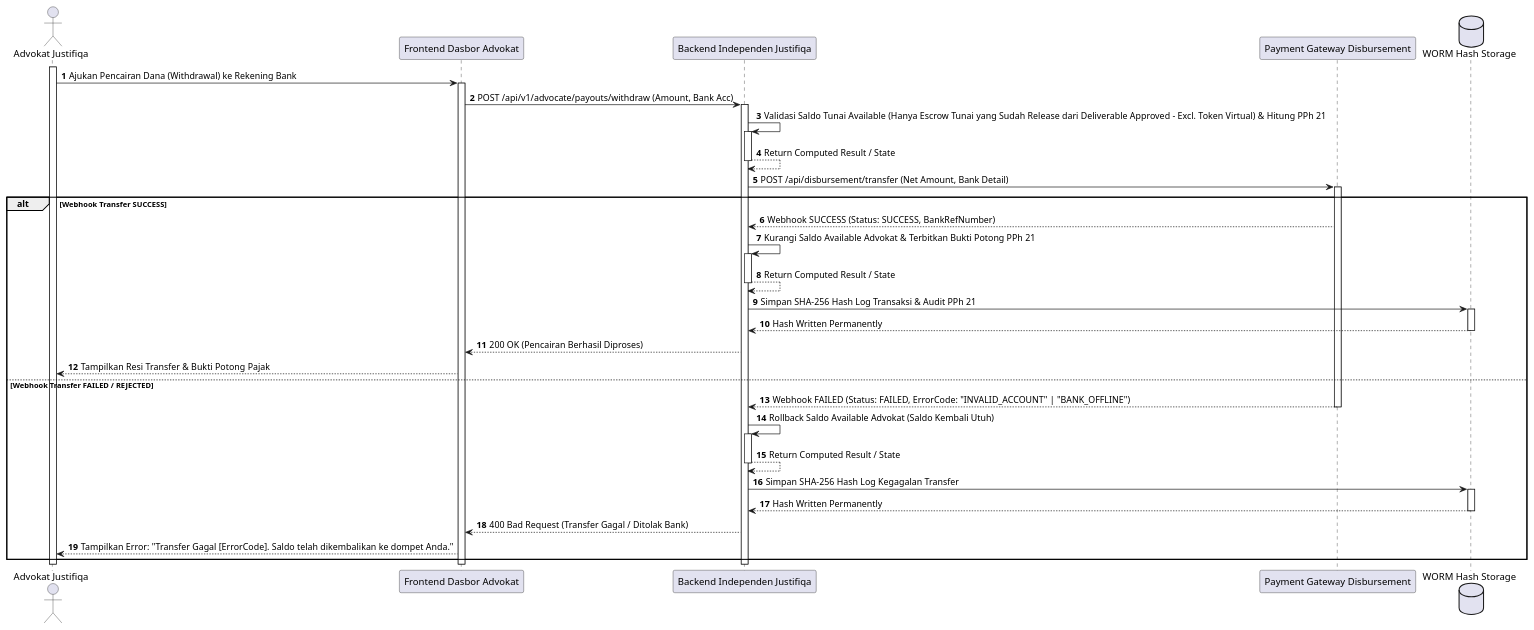
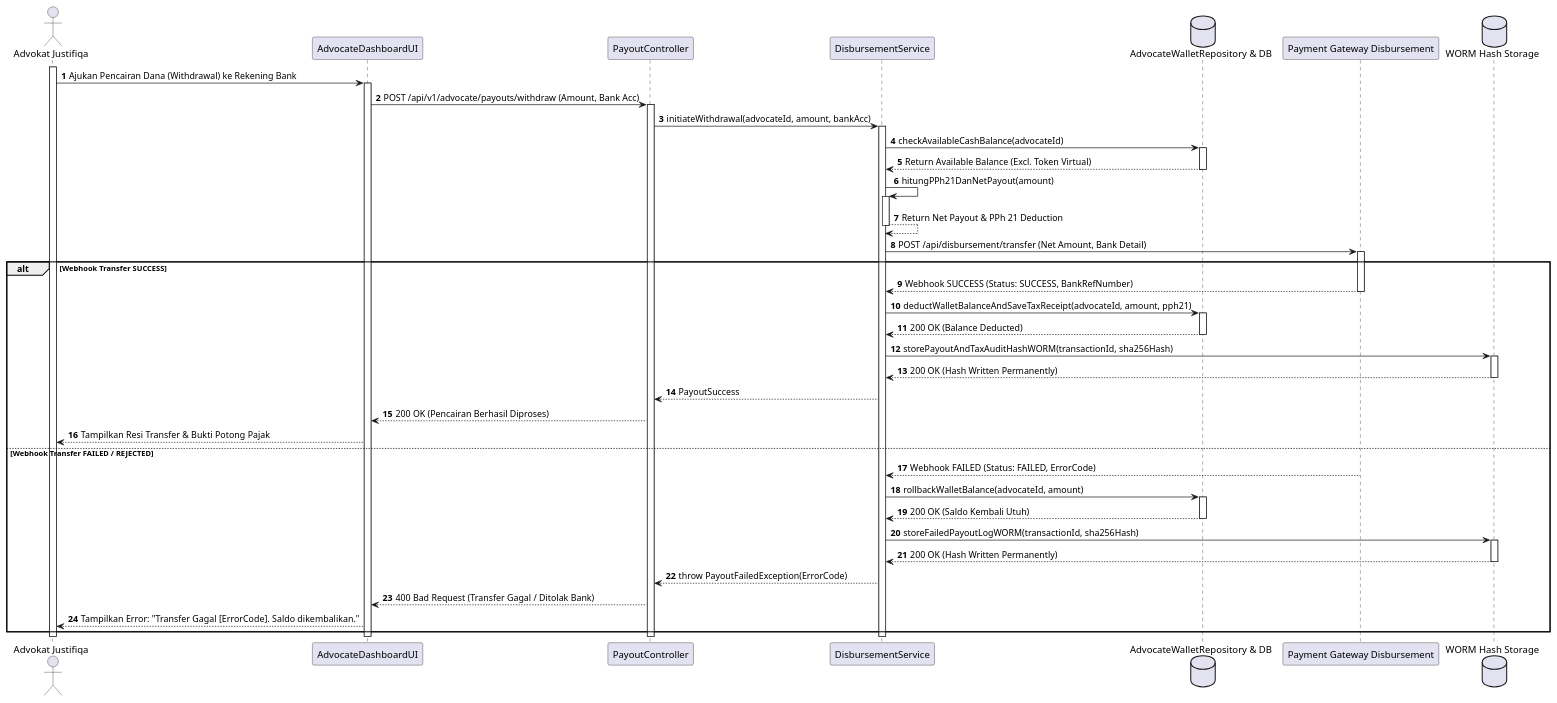
Before and after one commit to tupperwureism/SuperApp-Gagal: diagram 11 of 28 in MarkDown/plantuml_sequence_diagrams.md, drawn with PlantUML. The commit also changed other lines of this file, not shown here.

Commit message:
refactor(uml): normalize Batch 3 sequence diagrams SD-J-11 to SD-J-20 to 5-lifeline BCE and zero-stacking activations

````diff
--- a/MarkDown/plantuml_sequence_diagrams.md
+++ b/MarkDown/plantuml_sequence_diagrams.md
@@ -1424,39 +1424,59 @@
 ```plantuml
 @startuml
 autonumber
 actor "Advokat Justifiqa" as Mitra
-participant "Frontend Dasbor Advokat" as FE
-participant "Backend Independen Justifiqa" as BE
+participant "AdvocateDashboardUI" as FE
+participant "PayoutController" as CTRL
+participant "DisbursementService" as SVC
+database "AdvocateWalletRepository & DB" as REPO
 participant "Payment Gateway Disbursement" as PG
 database "WORM Hash Storage" as WORM
 
 activate Mitra
 Mitra -> FE ++ : Ajukan Pencairan Dana (Withdrawal) ke Rekening Bank
-FE -> BE ++ : POST /api/v1/advocate/payouts/withdraw (Amount, Bank Acc)
+FE -> CTRL ++ : POST /api/v1/advocate/payouts/withdraw (Amount, Bank Acc)
+CTRL -> SVC ++ : initiateWithdrawal(advocateId, amount, bankAcc)
 
-BE -> BE ++ : Validasi Saldo Tunai Available (Hanya Escrow Tunai yang Sudah Release dari Deliverable Approved - Excl. Token Virtual) & Hitung PPh 21
-BE --> BE -- : Return Computed Result / State
-BE -> PG ++ : POST /api/disbursement/transfer (Net Amount, Bank Detail)
+SVC -> REPO : checkAvailableCashBalance(advocateId)
+activate REPO
+REPO --> SVC : Return Available Balance (Excl. Token Virtual)
+deactivate REPO
+
+SVC -> SVC ++ : hitungPPh21DanNetPayout(amount)
+SVC --> SVC -- : Return Net Payout & PPh 21 Deduction
+SVC -> PG ++ : POST /api/disbursement/transfer (Net Amount, Bank Detail)
 
 alt Webhook Transfer SUCCESS
-    PG --> BE : Webhook SUCCESS (Status: SUCCESS, BankRefNumber)
-    BE -> BE ++ : Kurangi Saldo Available Advokat & Terbitkan Bukti Potong PPh 21
-    BE --> BE -- : Return Computed Result / State
-    BE -> WORM ++ : Simpan SHA-256 Hash Log Transaksi & Audit PPh 21
-    WORM --> BE -- : Hash Written Permanently
-    BE --> FE : 200 OK (Pencairan Berhasil Diproses)
+    PG --> SVC : Webhook SUCCESS (Status: SUCCESS, BankRefNumber)
+    deactivate PG
+    SVC -> REPO : deductWalletBalanceAndSaveTaxReceipt(advocateId, amount, pph21)
+    activate REPO
+    REPO --> SVC : 200 OK (Balance Deducted)
+    deactivate REPO
+    SVC -> WORM : storePayoutAndTaxAuditHashWORM(transactionId, sha256Hash)
+    activate WORM
+    WORM --> SVC : 200 OK (Hash Written Permanently)
+    deactivate WORM
+    SVC --> CTRL : PayoutSuccess
+    CTRL --> FE : 200 OK (Pencairan Berhasil Diproses)
     FE --> Mitra : Tampilkan Resi Transfer & Bukti Potong Pajak
 else Webhook Transfer FAILED / REJECTED
-    PG --> BE -- : Webhook FAILED (Status: FAILED, ErrorCode: "INVALID_ACCOUNT" | "BANK_OFFLINE")
-    BE -> BE ++ : Rollback Saldo Available Advokat (Saldo Kembali Utuh)
-    BE --> BE -- : Return Computed Result / State
-    BE -> WORM ++ : Simpan SHA-256 Hash Log Kegagalan Transfer
-    WORM --> BE -- : Hash Written Permanently
-    BE --> FE : 400 Bad Request (Transfer Gagal / Ditolak Bank)
-    FE --> Mitra : Tampilkan Error: "Transfer Gagal [ErrorCode]. Saldo telah dikembalikan ke dompet Anda."
+    PG --> SVC : Webhook FAILED (Status: FAILED, ErrorCode)
+    SVC -> REPO : rollbackWalletBalance(advocateId, amount)
+    activate REPO
+    REPO --> SVC : 200 OK (Saldo Kembali Utuh)
+    deactivate REPO
+    SVC -> WORM : storeFailedPayoutLogWORM(transactionId, sha256Hash)
+    activate WORM
+    WORM --> SVC : 200 OK (Hash Written Permanently)
+    deactivate WORM
+    SVC --> CTRL : throw PayoutFailedException(ErrorCode)
+    CTRL --> FE : 400 Bad Request (Transfer Gagal / Ditolak Bank)
+    FE --> Mitra : Tampilkan Error: "Transfer Gagal [ErrorCode]. Saldo dikembalikan."
 end
-deactivate BE
+deactivate SVC
+deactivate CTRL
 deactivate FE
 deactivate Mitra
 @enduml
 ```
````
